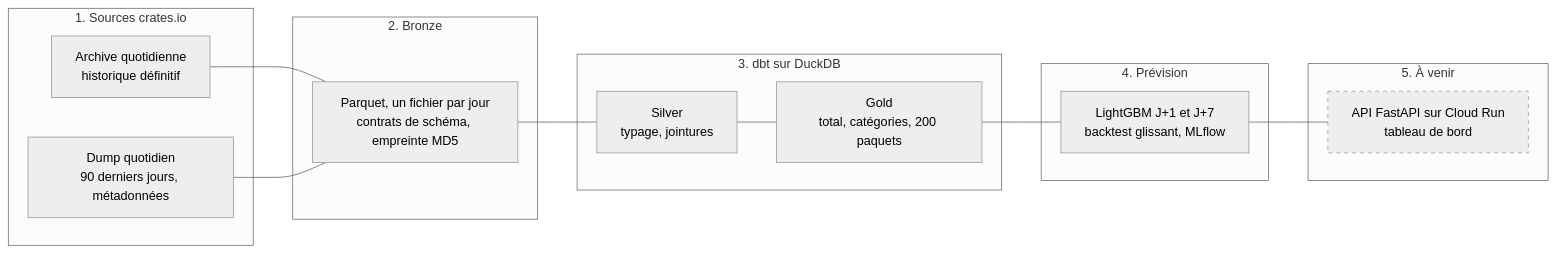
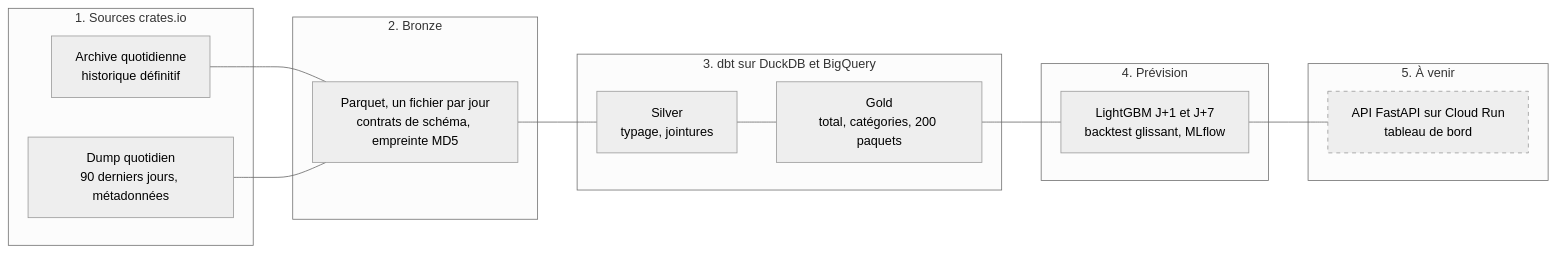
One commit to MohamedRadhi52/pkgpulse changed the diagram in README.md. Above: the diagram before and after it, drawn with Mermaid (neutral theme). The commit also changed other lines of this file and 12 other files, not shown here.

Commit message:
Terraform et dbt sur BigQuery

````diff
--- a/README.md
+++ b/README.md
@@ -41,25 +41,25 @@
 ```mermaid
 flowchart LR
     subgraph S["1. Sources crates.io"]
         A["Archive quotidienne<br/>historique définitif"]
         D["Dump quotidien<br/>90 derniers jours, métadonnées"]
     end
     subgraph B["2. Bronze"]
         P["Parquet, un fichier par jour<br/>contrats de schéma, empreinte MD5"]
     end
-    subgraph T["3. dbt sur DuckDB"]
+    subgraph T["3. dbt sur DuckDB et BigQuery"]
         SV["Silver<br/>typage, jointures"]
         G["Gold<br/>total, catégories, 200 paquets"]
     end
     subgraph M["4. Prévision"]
         F["LightGBM J+1 et J+7<br/>backtest glissant, MLflow"]
     end
     subgraph N["5. À venir"]
         X["API FastAPI sur Cloud Run<br/>tableau de bord"]
     end
     A --- P
     D --- P
     P --- SV --- G --- F --- X
     classDef todo stroke-dasharray: 5 5
     class X todo
 ```
````
